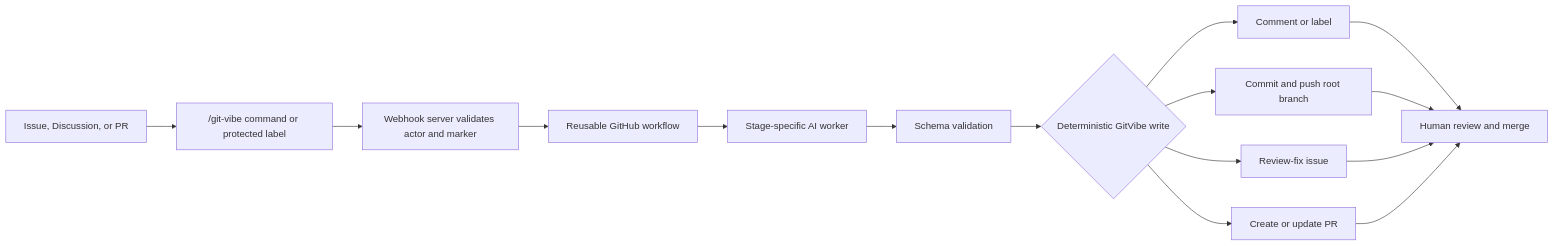
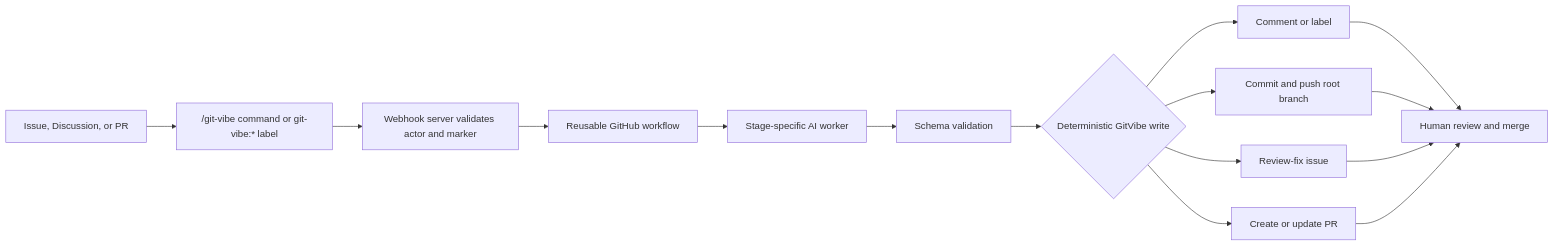
One commit to markhuangai/git-vibe changed the diagram in README.md. Above: the diagram before and after it, drawn with Mermaid. The commit also changed other lines of this file and 19 other files, not shown here.

Commit message:
feat: trigger GitVibe workflows from labels

````diff
--- a/README.md
+++ b/README.md
@@ -58,17 +58,17 @@
 ```mermaid
 flowchart LR
-  A[Issue, Discussion, or PR] --> B["/git-vibe command or protected label"]
+  A[Issue, Discussion, or PR] --> B["/git-vibe command or git-vibe:* label"]
   B --> C[Webhook server validates actor and marker]
   C --> D[Reusable GitHub workflow]
   D --> E[Stage-specific AI worker]
   E --> F[Schema validation]
   F --> G{Deterministic GitVibe write}
   G --> H[Comment or label]
   G --> I[Commit and push root branch]
   G --> J[Review-fix issue]
   G --> K[Create or update PR]
   H --> L[Human review and merge]
   I --> L
   J --> L
   K --> L
 ```
````
